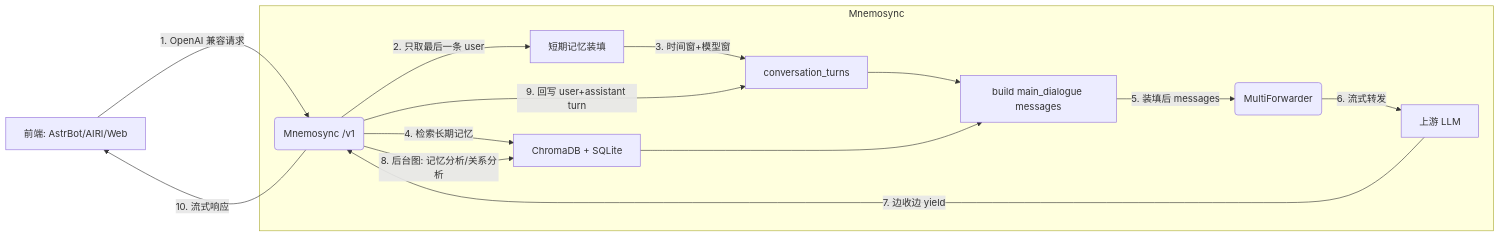
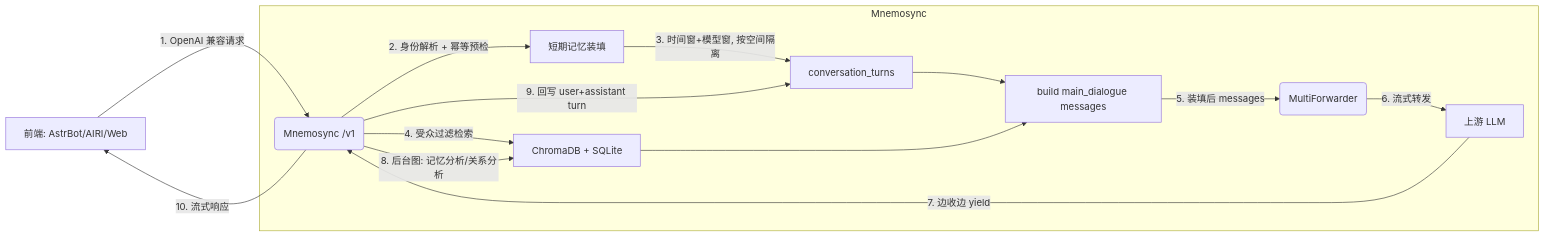
One commit to HarryHello/mnemosync changed the diagram in README.md. Above: the diagram before and after it, drawn with Mermaid. The commit also changed other lines of this file and 17 other files, not shown here.

````diff
--- a/README.md
+++ b/README.md
@@ -76,17 +79,17 @@
 ```mermaid
 graph LR
     A[前端: AstrBot/AIRI/Web] -->|1. OpenAI 兼容请求 | B(Mnemosync /v1)
     subgraph Mnemosync
-      B -->|2. 只取最后一条 user | C[短期记忆装填]
-      C -->|3. 时间窗+模型窗| D[conversation_turns]
-      B -->|4. 检索长期记忆| E[ChromaDB + SQLite]
+      B -->|2. 身份解析 + 幂等预检| C[短期记忆装填]
+      C -->|3. 时间窗+模型窗, 按空间隔离| D[conversation_turns]
+      B -->|4. 受众过滤检索| E[ChromaDB + SQLite]
       D --> F[build main_dialogue messages]
       E --> F
       F -->|5. 装填后 messages| G(MultiForwarder)
       G -->|6. 流式转发| H[上游 LLM]
       H -->|7. 边收边 yield| B
       B -->|8. 后台图: 记忆分析/关系分析| E
       B -->|9. 回写 user+assistant turn| D
     end
     B -->|10. 流式响应| A
 ```
````
